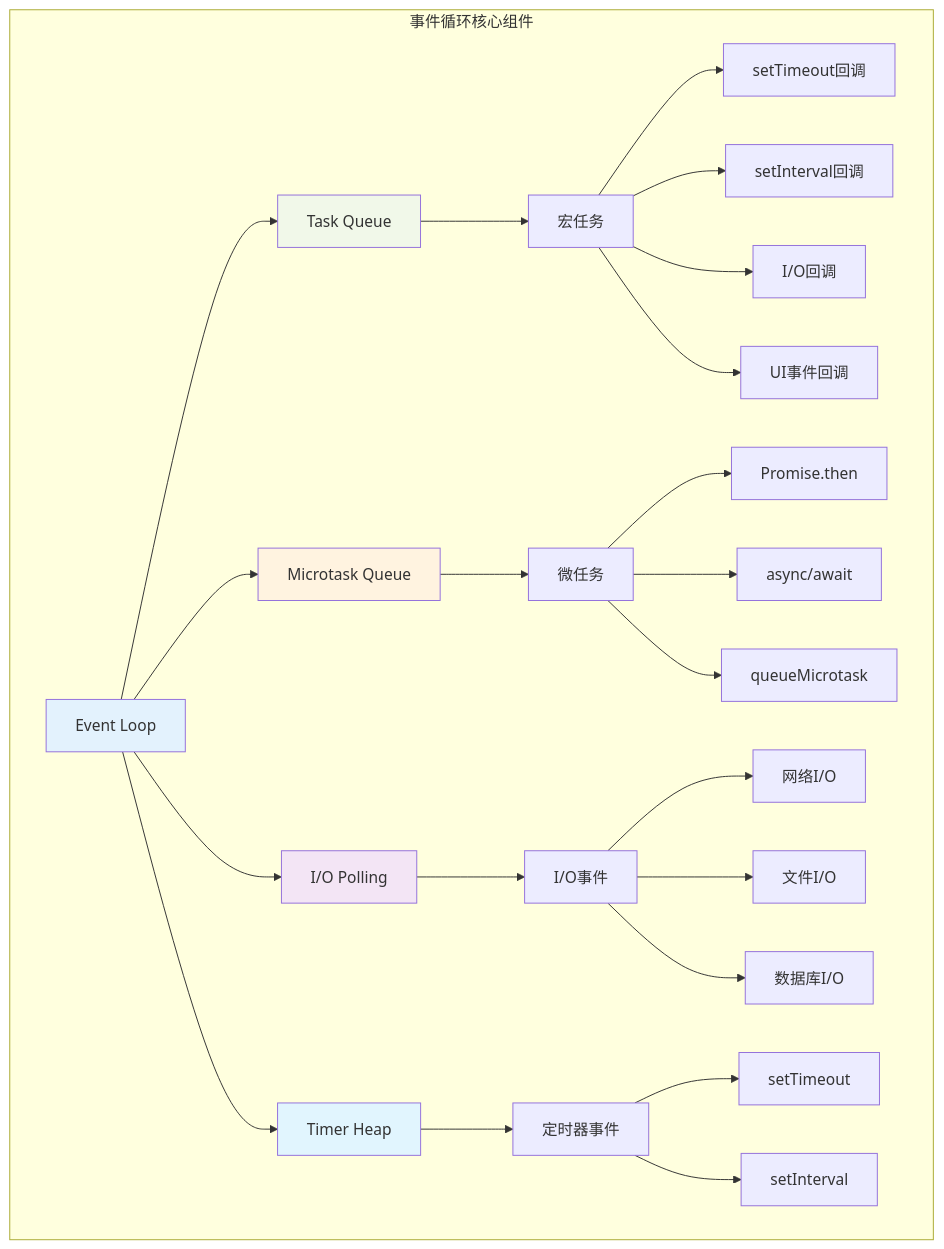
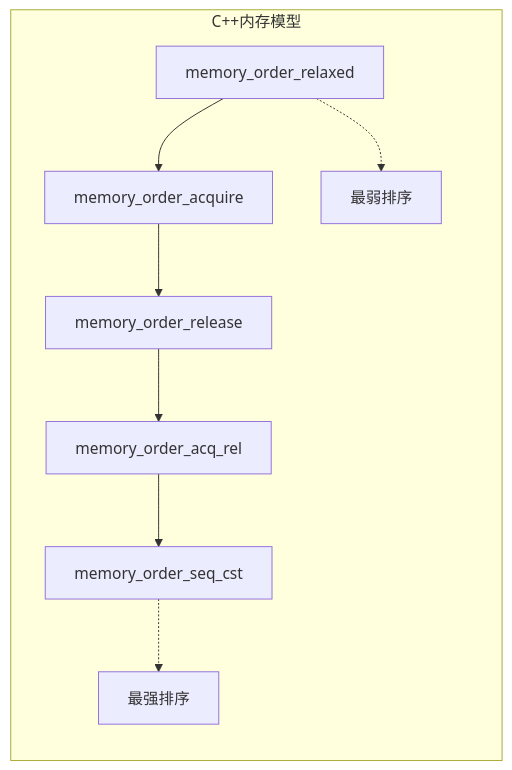
The fourth of 19 diagrams in 00.通用技术的提升/README.md (chongyang211/YCBookBlog), drawn with Mermaid before and after one commit. The commit also changed other lines of this file, not shown here.

````diff
--- a/00.通用技术的提升/README.md
+++ b/00.通用技术的提升/README.md
@@ -313,35 +109,12 @@
 ```mermaid
-graph TB
-    subgraph "事件循环核心组件"
-        A[Event Loop] --> B[Task Queue]
-        A --> C[Microtask Queue]
-        A --> D[I/O Polling]
-        A --> E[Timer Heap]
+graph LR
+    subgraph "C++内存模型"
+        A[memory_order_relaxed] --> B[memory_order_acquire]
+        B --> C[memory_order_release]
+        C --> D[memory_order_acq_rel]
+        D --> E[memory_order_seq_cst]
         
-        B --> F[宏任务]
-        F --> F1[setTimeout回调]
-        F --> F2[setInterval回调]
-        F --> F3[I/O回调]
-        F --> F4[UI事件回调]
-        
-        C --> G[微任务]
-        G --> G1[Promise.then]
-        G --> G2[async/await]
-        G --> G3[queueMicrotask]
-        
-        D --> H[I/O事件]
-        H --> H1[网络I/O]
-        H --> H2[文件I/O]
-        H --> H3[数据库I/O]
-        
-        E --> I[定时器事件]
-        I --> I1[setTimeout]
-        I --> I2[setInterval]
+        A -.-> F[最弱排序]
+        E -.-> G[最强排序]
     end
-    
-    style A fill:#e3f2fd
-    style B fill:#f1f8e9
-    style C fill:#fff3e0
-    style D fill:#f3e5f5
-    style E fill:#e1f5fe
 ```
````
